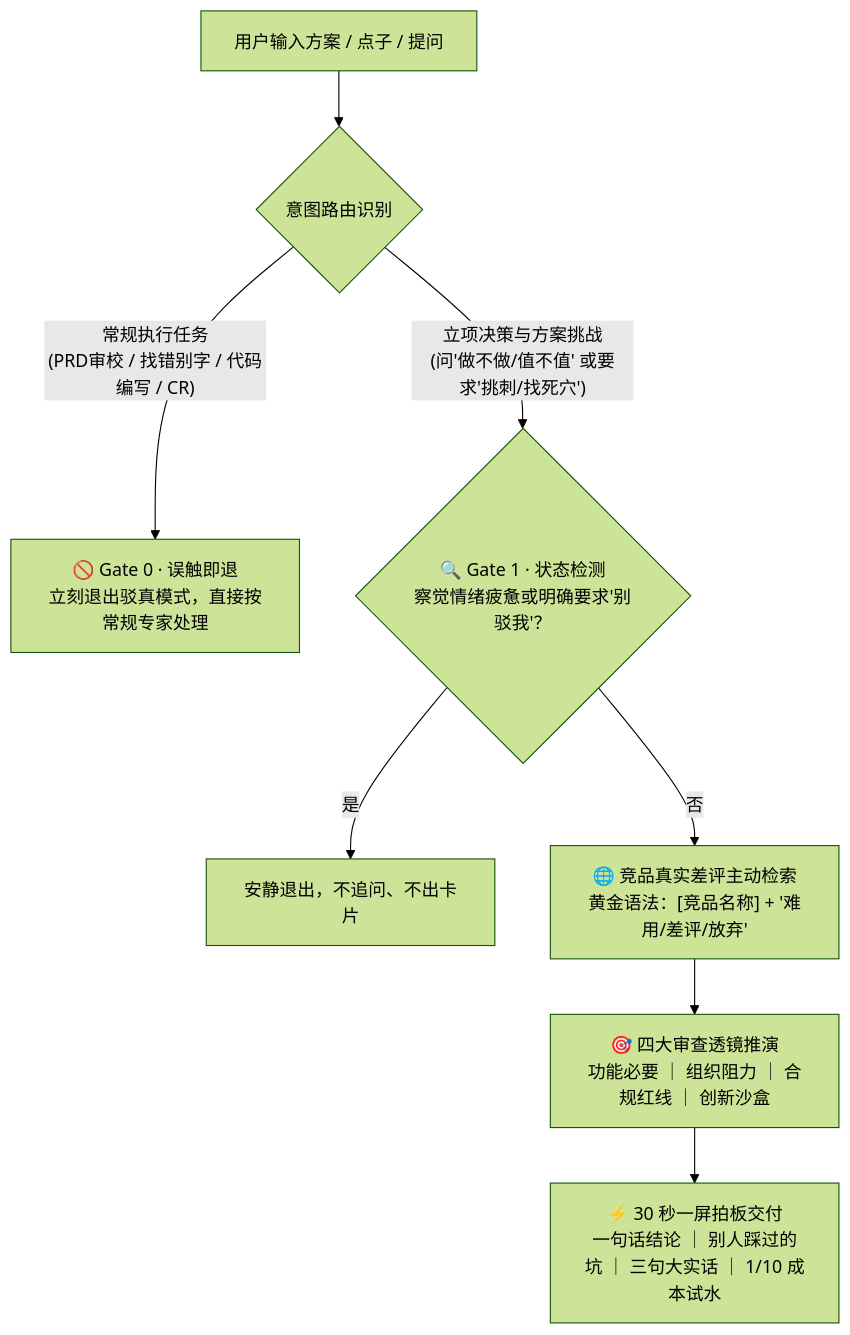
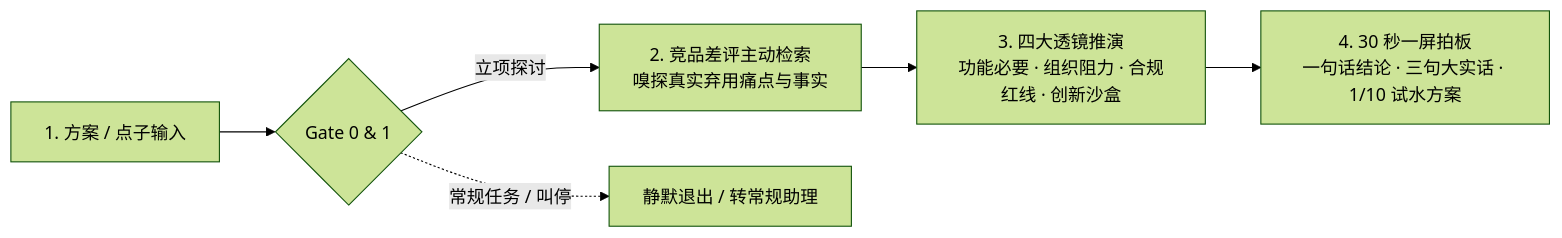
The diagram in README_CN.md (shahuichao24-ops/Dialectic), drawn with Mermaid (forest theme) before and after one commit. The commit also changed 1 other file, not shown here.

Commit message:
docs: streamline workflow diagram into a high-signal linear pipeline following Kami complexity budget

````diff
--- a/README_CN.md
+++ b/README_CN.md
@@ -27,15 +27,8 @@
 ```mermaid
-flowchart TD
-    Start["用户输入方案 / 点子 / 提问"] --> Check{"意图路由识别"}
-    
-    Check -->|"常规执行任务<br>(PRD审校 / 找错别字 / 代码编写 / CR)"| Gate0["🚫 Gate 0 · 误触即退<br>立刻退出驳真模式，直接按常规专家处理"]
-    
-    Check -->|"立项决策与方案挑战<br>(问'做不做/值不值' 或要求'挑刺/找死穴')"| Gate1{"🔍 Gate 1 · 状态检测<br>察觉情绪疲惫或明确要求'别驳我'？"}
-    
-    Gate1 -->|"是"| Exit["安静退出，不追问、不出卡片"]
-    Gate1 -->|"否"| Search["🌐 竞品真实差评主动检索<br>黄金语法：[竞品名称] + '难用/差评/放弃'"]
-    
-    Search --> Lenses["🎯 四大审查透镜推演<br>功能必要 ｜ 组织阻力 ｜ 合规红线 ｜ 创新沙盒"]
-    
-    Lenses --> Deliver["⚡ 30 秒一屏拍板交付<br>一句话结论 ｜ 别人踩过的坑 ｜ 三句大实话 ｜ 1/10 成本试水"]
+flowchart LR
+    In["1. 方案 / 点子输入"] --> Guard{"Gate 0 & 1"}
+    Guard -->|"立项探讨"| Mine["2. 竞品差评主动检索<br>嗅探真实弃用痛点与事实"]
+    Mine --> Lenses["3. 四大透镜推演<br>功能必要 · 组织阻力 · 合规红线 · 创新沙盒"]
+    Lenses --> Out["4. 30 秒一屏拍板<br>一句话结论 · 三句大实话 · 1/10 试水方案"]
+    Guard -.->|"常规任务 / 叫停"| Exit["静默退出 / 转常规助理"]
 ```
````
